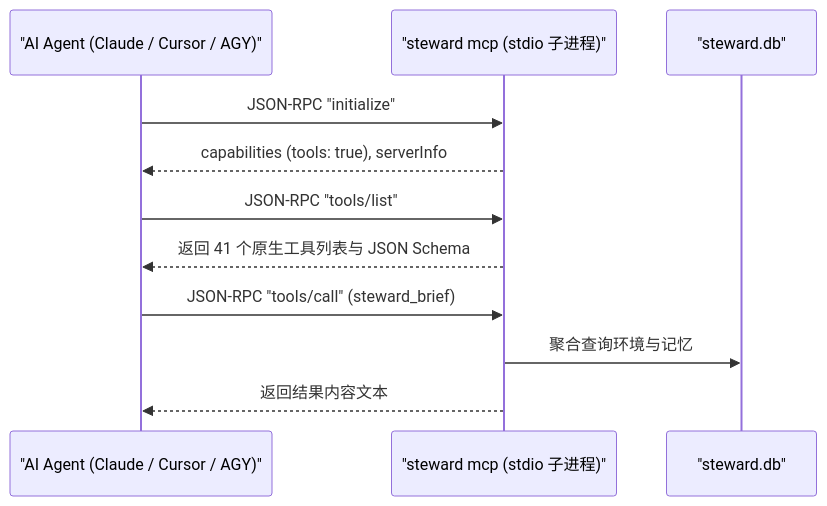
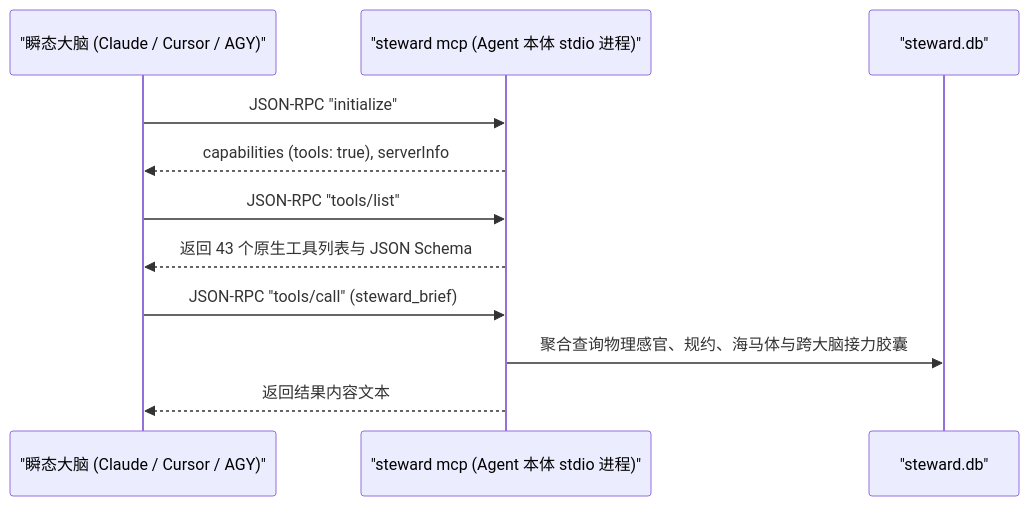
The diagram in manual/04-mcp-integration.md (digoal/agent-body), drawn with Mermaid before and after one commit. The commit also changed other lines of this file and 82 other files, not shown here.

````diff
--- a/manual/04-mcp-integration.md
+++ b/manual/04-mcp-integration.md
@@ -11,14 +11,14 @@
 ```mermaid
 sequenceDiagram
-    participant Agent as "AI Agent (Claude / Cursor / AGY)"
-    participant Steward as "steward mcp (stdio 子进程)"
+    participant Agent as "瞬态大脑 (Claude / Cursor / AGY)"
+    participant Steward as "steward mcp (Agent 本体 stdio 进程)"
     participant SQLite as "steward.db"
 
     Agent->>Steward: JSON-RPC "initialize"
     Steward-->>Agent: capabilities (tools: true), serverInfo
     Agent->>Steward: JSON-RPC "tools/list"
-    Steward-->>Agent: 返回 41 个原生工具列表与 JSON Schema
+    Steward-->>Agent: 返回 43 个原生工具列表与 JSON Schema
     Agent->>Steward: JSON-RPC "tools/call" (steward_brief)
-    Steward->>SQLite: 聚合查询环境与记忆
+    Steward->>SQLite: 聚合查询物理感官、规约、海马体与跨大脑接力胶囊
     Steward-->>Agent: 返回结果内容文本
 ```
````
